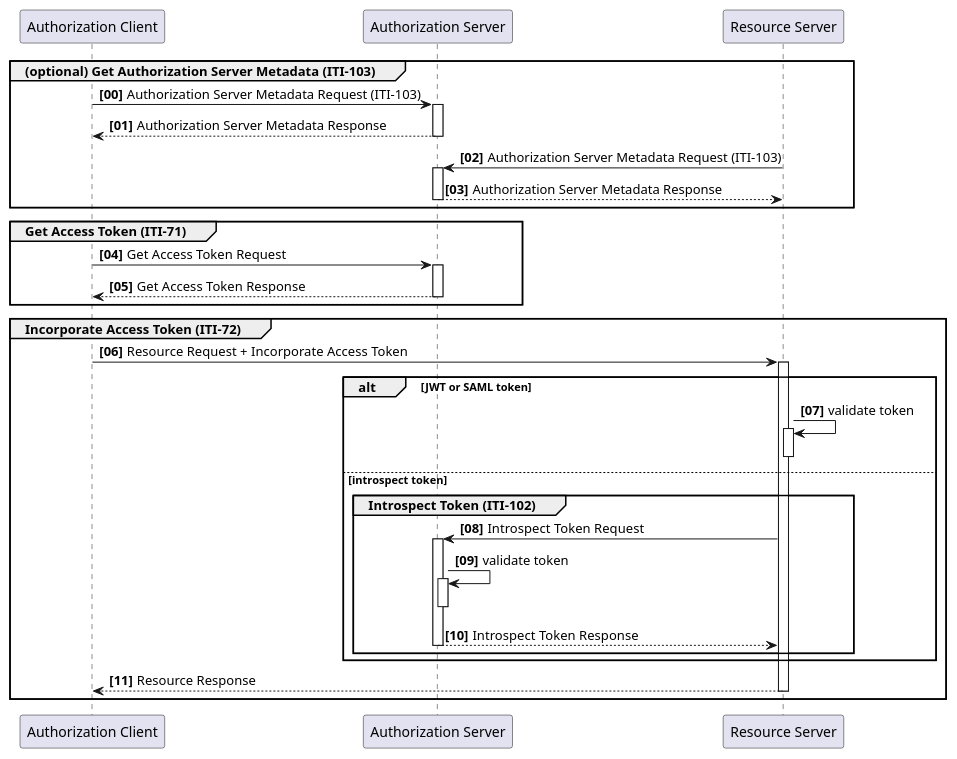
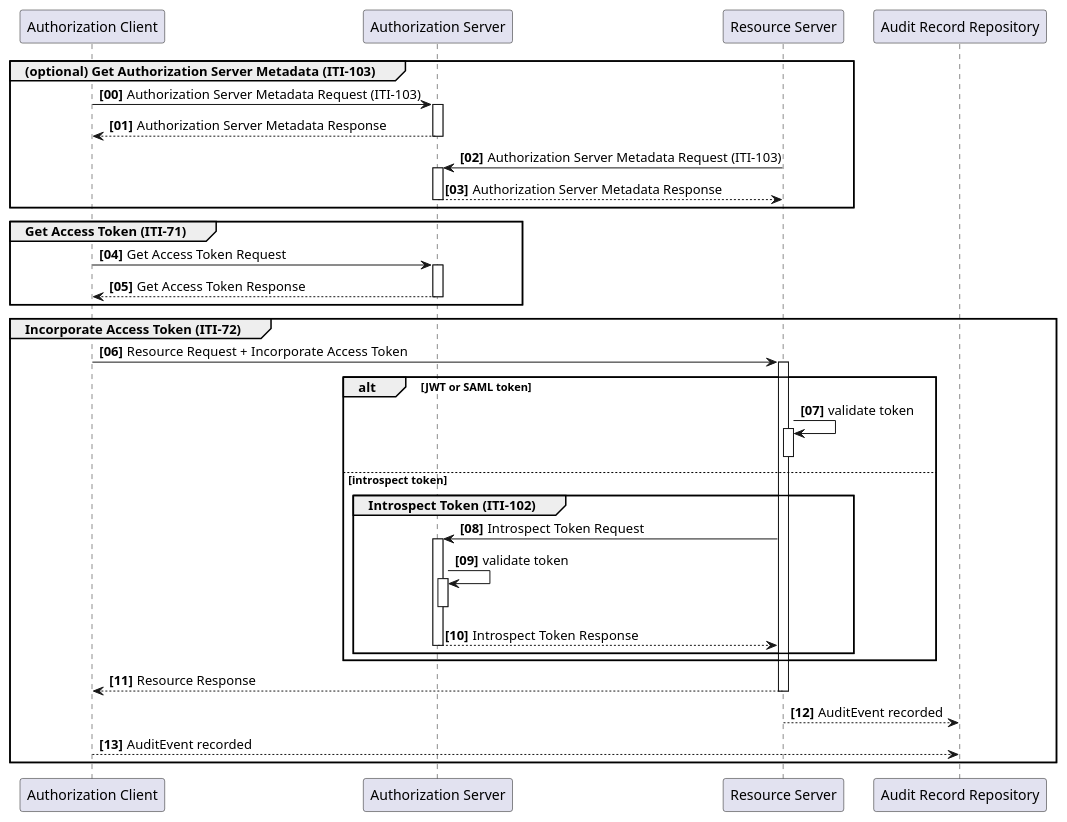
Before and after one commit to IHE/ITI.BasicAudit: the diagram in input/images-source/IUA-processflow.plantuml, drawn with PlantUML. The commit also changed 7 other files, not shown here.

```diff
--- a/input/images-source/IUA-processflow.plantuml
+++ b/input/images-source/IUA-processflow.plantuml
@@ -1,45 +1,50 @@
 @startuml
 skinparam svgDimensionStyle false
 participant "Authorization Client" as Client
 participant "Authorization Server" as AS
 participant "Resource Server" as RS
+participant "Audit Record Repository" as AR
 
 autonumber 0 1 "<b>[00]</b>"
 autoactivate on
 
 group (optional) Get Authorization Server Metadata (ITI-103)
 
 	Client-> AS : Authorization Server Metadata Request (ITI-103)
 	AS --> Client: Authorization Server Metadata Response
 
 	RS-> AS : Authorization Server Metadata Request (ITI-103)
 	AS --> RS: Authorization Server Metadata Response
 
 end
 
 group Get Access Token (ITI-71)
 	Client -> AS: Get Access Token Request
 	Client <-- AS: Get Access Token Response
 end
 
 group Incorporate Access Token (ITI-72)
 
 Client -> RS : Resource Request + Incorporate Access Token
 
 alt JWT or SAML token
   RS -> RS: validate token
   deactivate RS
 
 else introspect token
 
   group Introspect Token (ITI-102)
 		RS -> AS : Introspect Token Request
 		AS -> AS : validate token
 		deactivate AS
 		AS --> RS: Introspect Token Response
   end
 end
 
 Client <-- RS : Resource Response  
+
+RS --> AR : AuditEvent recorded
+
+Client --> AR : AuditEvent recorded
 end
 @enduml
```
